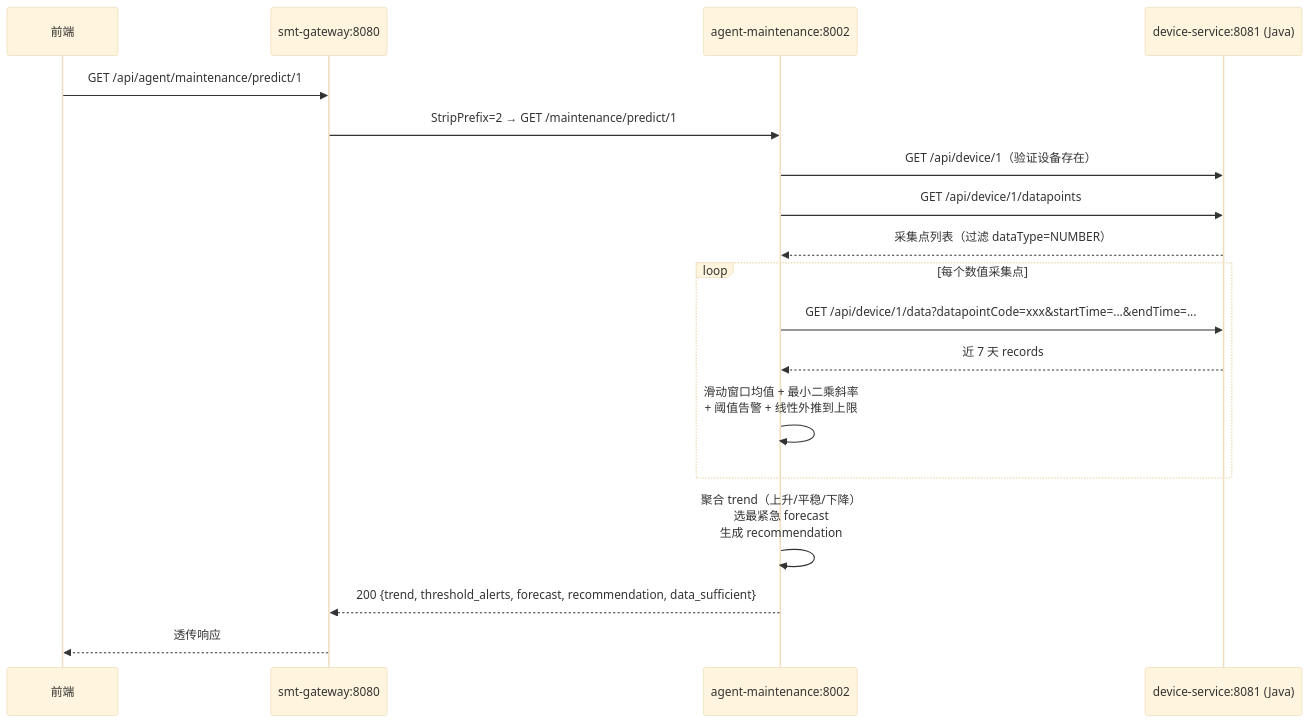
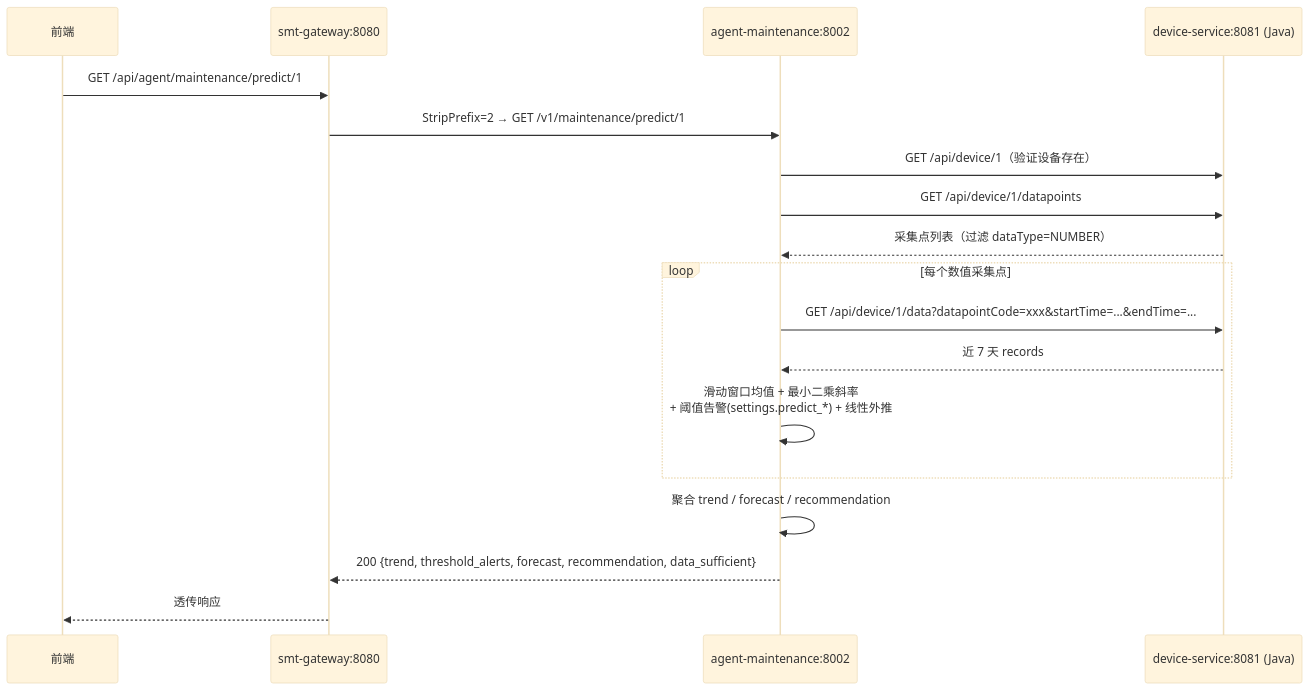
One commit to north30-dev/smt-agent-platform changed the fourth of 8 diagrams in docs/explaination/project-explanation-phase2.md. Above: the diagram before and after it, drawn with Mermaid (base theme). The commit also changed other lines of this file and 2 other files, not shown here.

````diff
--- a/docs/explaination/project-explanation-phase2.md
+++ b/docs/explaination/project-explanation-phase2.md
@@ -280,21 +292,21 @@
 ```mermaid
 sequenceDiagram
     participant FE as 前端
     participant GW as smt-gateway:8080
     participant AM as agent-maintenance:8002
     participant DS as device-service:8081 (Java)
 
     FE->>GW: GET /api/agent/maintenance/predict/1
-    GW->>AM: StripPrefix=2 → GET /maintenance/predict/1
+    GW->>AM: StripPrefix=2 → GET /v1/maintenance/predict/1
     AM->>DS: GET /api/device/1（验证设备存在）
     AM->>DS: GET /api/device/1/datapoints
     DS-->>AM: 采集点列表（过滤 dataType=NUMBER）
     loop 每个数值采集点
         AM->>DS: GET /api/device/1/data?datapointCode=xxx&startTime=...&endTime=...
         DS-->>AM: 近 7 天 records
-        AM->>AM: 滑动窗口均值 + 最小二乘斜率<br/>+ 阈值告警 + 线性外推到上限
+        AM->>AM: 滑动窗口均值 + 最小二乘斜率<br/>+ 阈值告警(settings.predict_*) + 线性外推
     end
-    AM->>AM: 聚合 trend（上升/平稳/下降）<br/>选最紧急 forecast<br/>生成 recommendation
+    AM->>AM: 聚合 trend / forecast / recommendation
     AM-->>GW: 200 {trend, threshold_alerts, forecast, recommendation, data_sufficient}
     GW-->>FE: 透传响应
 ```
````
